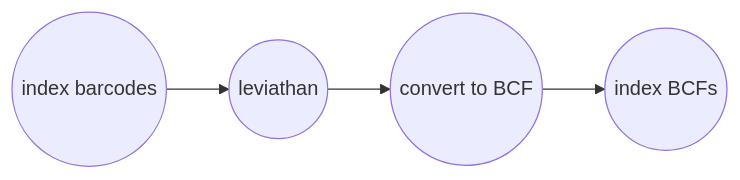
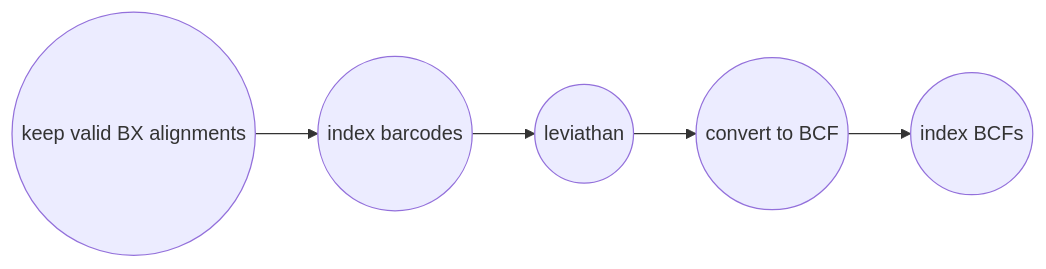
One commit to pdimens/harpy changed the second of 2 diagrams in Modules/variantcalling.md. Above: the diagram before and after it, drawn with Mermaid. The commit also changed other lines of this file, not shown here.

````diff
--- a/Modules/variantcalling.md
+++ b/Modules/variantcalling.md
@@ -72,6 +74,7 @@
 ```mermaid
 graph LR
+    Z((keep valid BX alignments))-->A
     A((index barcodes)) --> B((leviathan))
     B-->C((convert to BCF))
     C-->D((index BCFs))
 ```
````
